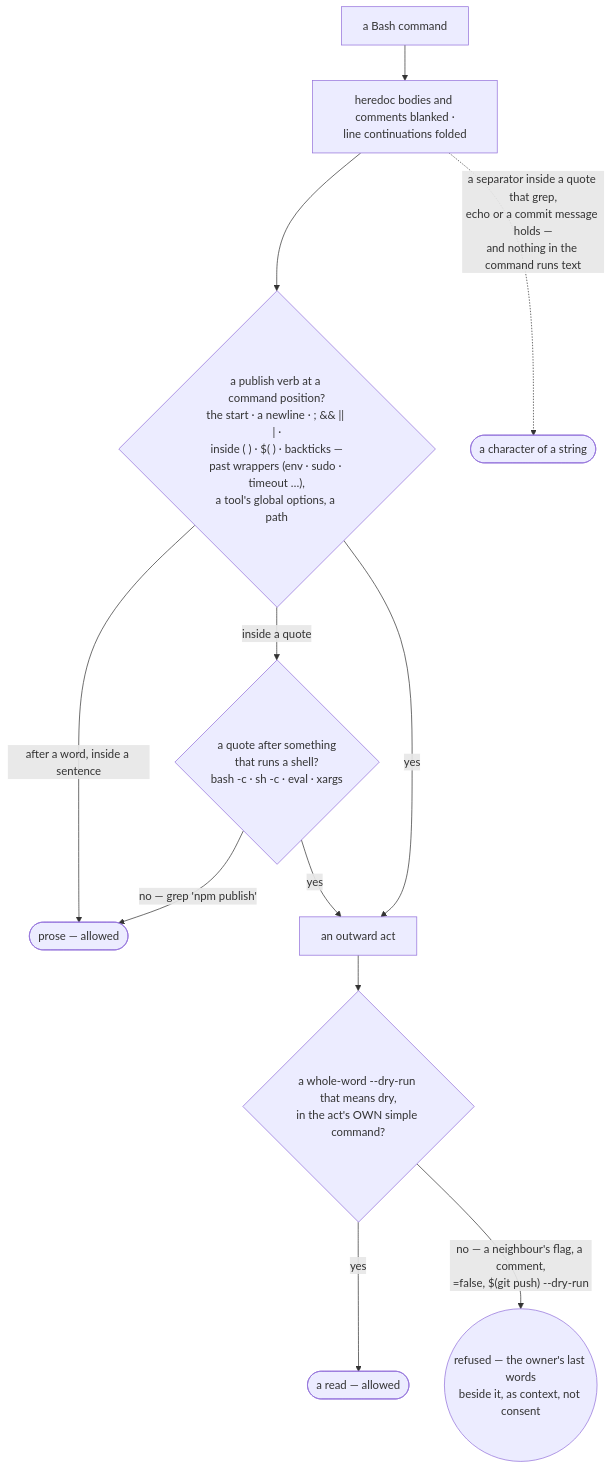
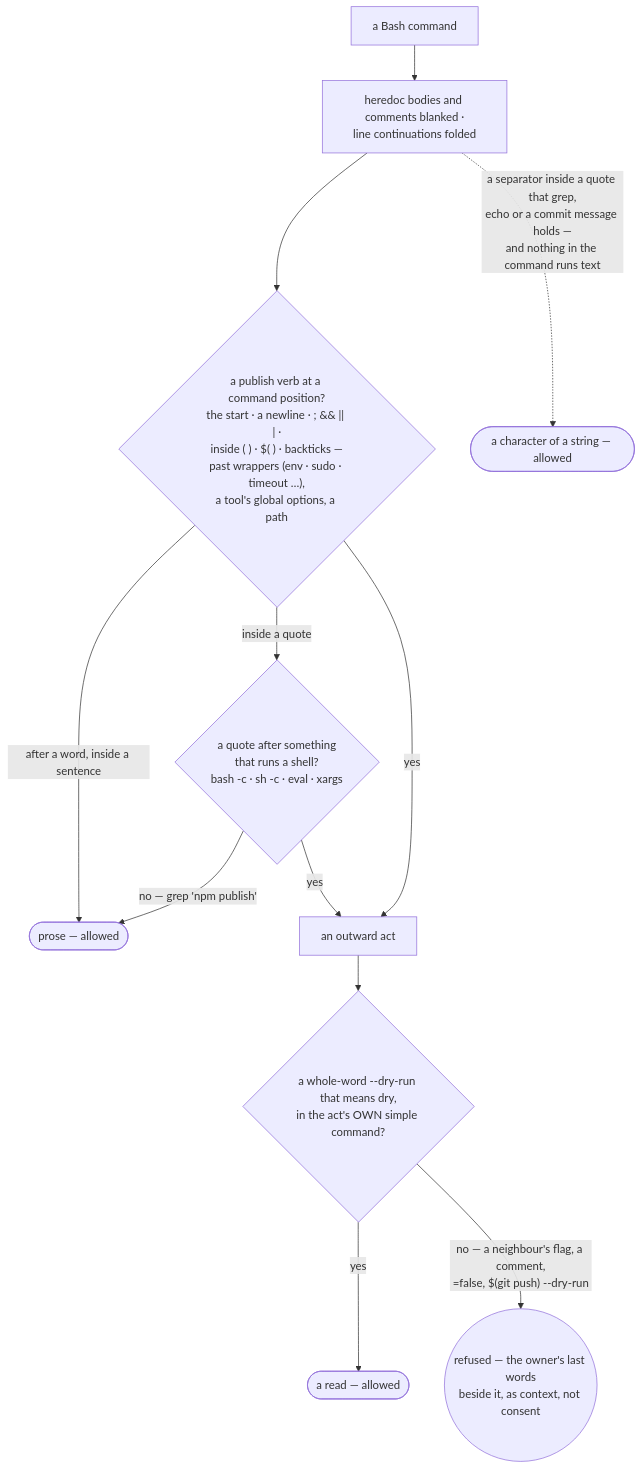
The diagram in SECURITY.md (jamillazarev/multica-ops), drawn with Mermaid before and after one commit. The commit also changed 9 other files, not shown here.

First line of the commit message:
round one over 0.4.19 here too: every shell runs text, a wrapper keeps a reader a reader, the Trio facts are a run

````diff
--- a/SECURITY.md
+++ b/SECURITY.md
@@ -116,14 +116,14 @@
 ```mermaid
 flowchart TD
   C["a Bash command"] --> B["heredoc bodies and comments blanked ·<br/>line continuations folded"]
   B --> P{"a publish verb at a command position?<br/>the start · a newline · ; && || | ·<br/>inside ( ) · $( ) · backticks —<br/>past wrappers (env · sudo · timeout …),<br/>a tool's global options, a path"}
-  B -.->|"a separator inside a quote that grep,<br/>echo or a commit message holds —<br/>and nothing in the command runs text"| S(["a character of a string"])
+  B -.->|"a separator inside a quote that grep,<br/>echo or a commit message holds —<br/>and nothing in the command runs text"| S(["a character of a string — allowed"])
   P -->|"after a word, inside a sentence"| R(["prose — allowed"])
   P -->|"inside a quote"| Q{"a quote after something<br/>that runs a shell?<br/>bash -c · sh -c · eval · xargs"}
   Q -->|"no — grep 'npm publish'"| R
   Q -->|"yes"| A["an outward act"]
   P -->|"yes"| A
   A --> D{"a whole-word --dry-run that means dry,<br/>in the act's OWN simple command?"}
   D -->|"yes"| R2(["a read — allowed"])
   D -->|"no — a neighbour's flag, a comment,<br/>=false, $(git push) --dry-run"| X(("refused — the owner's last words<br/>beside it, as context, not consent"))
 ```
````
